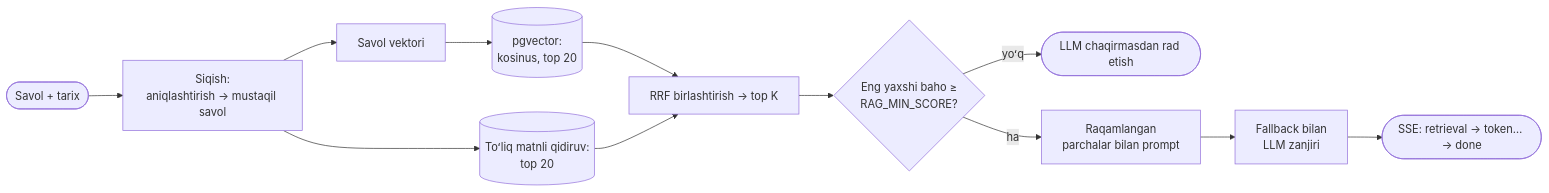
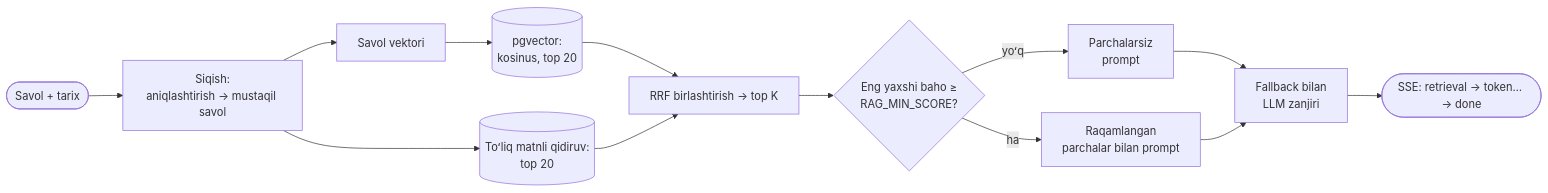
The diagram in README.uz.md (Askar-Turanazarov/SkyDental-RAG), drawn with Mermaid before and after one commit. The commit also changed other lines of this file and 2 other files, not shown here.

Commit message:
Update README for new assistant flow

````diff
--- a/README.uz.md
+++ b/README.uz.md
@@ -61,14 +61,15 @@
 ```mermaid
 flowchart LR
   Q([Savol + tarix]) --> C[Siqish:<br/>aniqlashtirish → mustaqil savol]
   C --> E[Savol vektori]
   E --> V[(pgvector:<br/>kosinus, top 20)]
   C --> K[(Toʻliq matnli qidiruv:<br/>top 20)]
   V --> R[RRF birlashtirish → top K]
   K --> R
   R --> T{Eng yaxshi baho ≥<br/>RAG_MIN_SCORE?}
-  T -- yoʻq --> X([LLM chaqirmasdan rad etish])
+  T -- yoʻq --> X[Parchalarsiz<br/>prompt]
   T -- ha --> P[Raqamlangan<br/>parchalar bilan prompt]
+  X --> L
   P --> L[Fallback bilan<br/>LLM zanjiri]
   L --> S([SSE: retrieval → token… → done])
 ```
````
